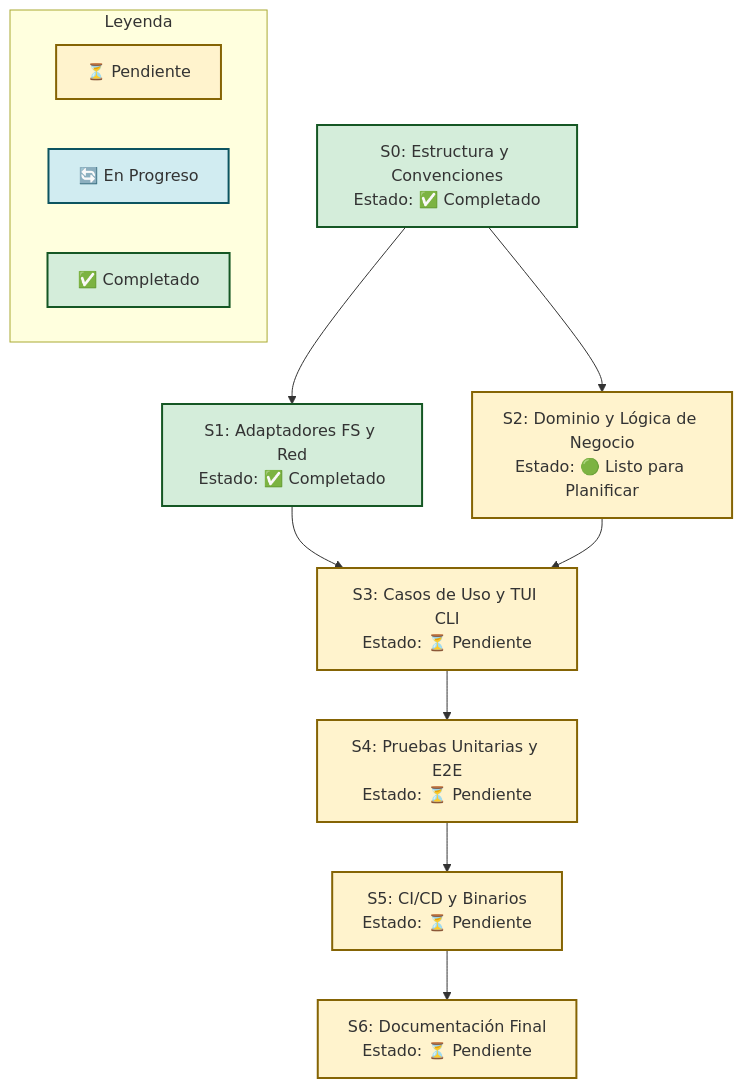
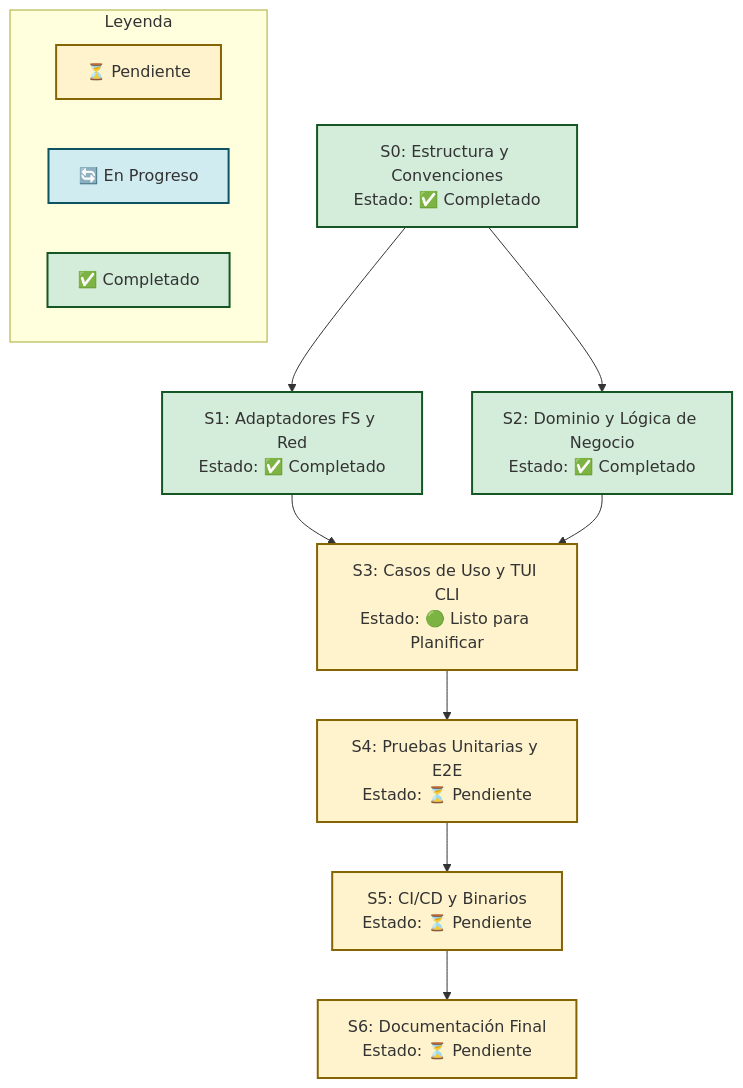
The diagram in docs/WORKFLOW.md (Fisherk2/codice-opencode), drawn with Mermaid before and after one commit. The commit also changed other lines of this file, not shown here.

````diff
--- a/docs/WORKFLOW.md
+++ b/docs/WORKFLOW.md
@@ -84,32 +88,32 @@
 ```mermaid
 graph TD
     %% Definición de estilos
     classDef pending fill:#fff3cd,stroke:#856404,stroke-width:2px;
     classDef progress fill:#d1ecf1,stroke:#0c5460,stroke-width:2px;
     classDef done fill:#d4edda,stroke:#155724,stroke-width:2px;
 
     %% Nodos del grafo
     S0[S0: Estructura y Convenciones<br/>Estado: ✅ Completado]:::done
     S1[S1: Adaptadores FS y Red<br/>Estado: ✅ Completado]:::done
-    S2[S2: Dominio y Lógica de Negocio<br/>Estado: 🟢 Listo para Planificar]:::pending
-    S3[S3: Casos de Uso y TUI CLI<br/>Estado: ⏳ Pendiente]:::pending
+    S2[S2: Dominio y Lógica de Negocio<br/>Estado: ✅ Completado]:::done
+    S3[S3: Casos de Uso y TUI CLI<br/>Estado: 🟢 Listo para Planificar]:::pending
     S4[S4: Pruebas Unitarias y E2E<br/>Estado: ⏳ Pendiente]:::pending
     S5[S5: CI/CD y Binarios<br/>Estado: ⏳ Pendiente]:::pending
     S6[S6: Documentación Final<br/>Estado: ⏳ Pendiente]:::pending
 
     %% Flechas de dependencia (Grafo Dirigido Acíclico)
     S0 --> S1
     S0 --> S2
     S1 --> S3
     S2 --> S3
     S3 --> S4
     S4 --> S5
     S5 --> S6
 
     %% Leyenda
     subgraph Leyenda
         L1[⏳ Pendiente]:::pending
         L2[🔄 En Progreso]:::progress
         L3[✅ Completado]:::done
     end
 ```
````
